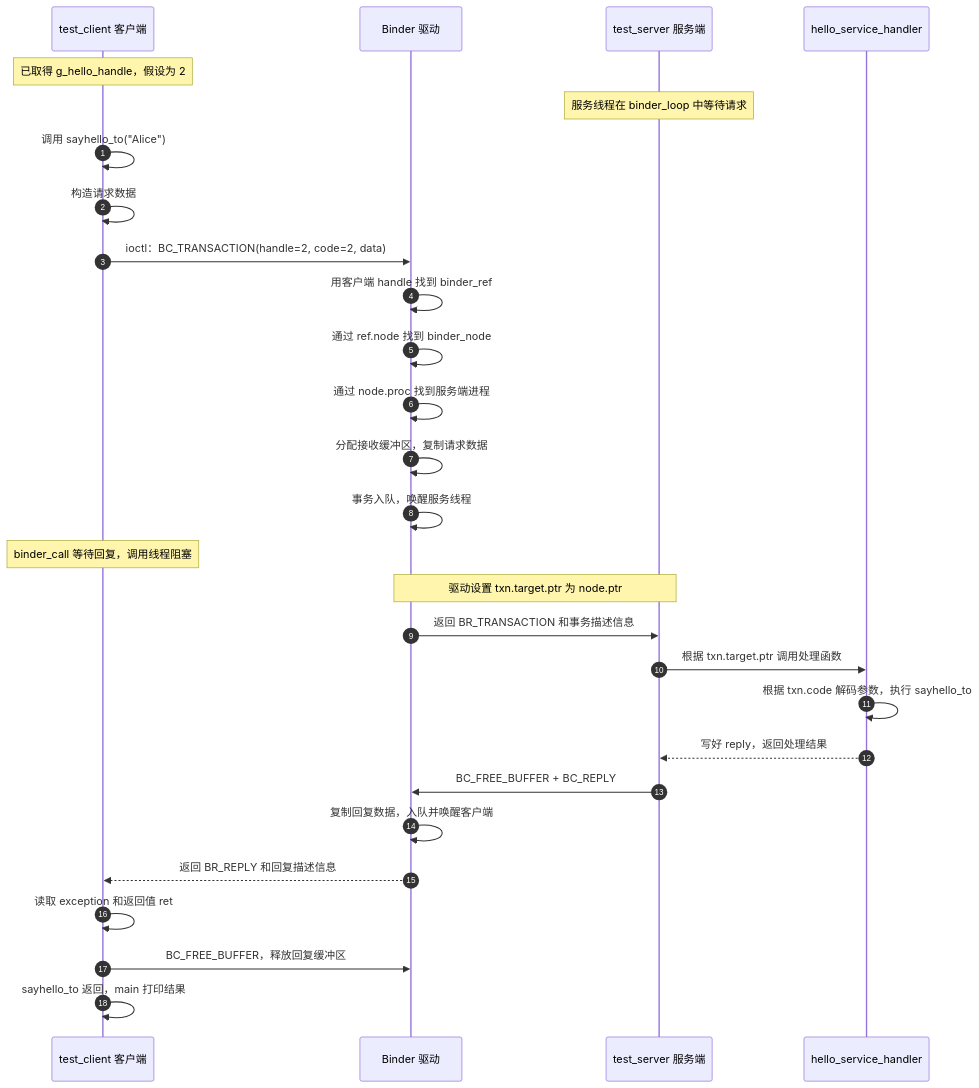
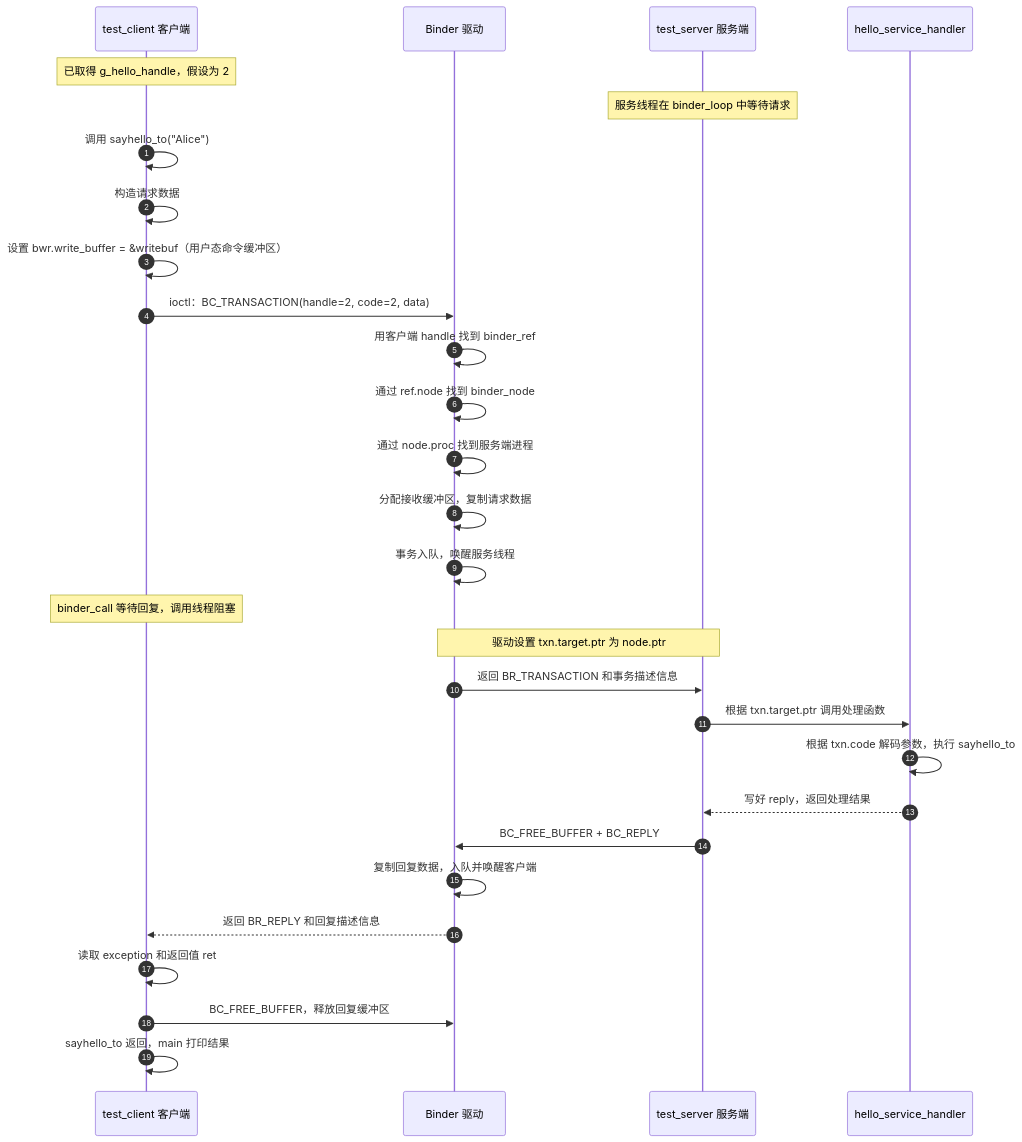
Before and after one commit to noteforme/noteforme.github.io: the diagram in source/_posts/aosp_binder.md, drawn with Mermaid. The commit also changed other lines of this file and 5 other files, not shown here.

````diff
--- a/source/_posts/aosp_binder.md
+++ b/source/_posts/aosp_binder.md
@@ -95,36 +95,37 @@
 ```mermaid
 sequenceDiagram
     autonumber
     participant C as test_client 客户端
     participant K as Binder 驱动
     participant S as test_server 服务端
     participant H as hello_service_handler
 
     Note over C: 已取得 g_hello_handle，假设为 2
     Note over S: 服务线程在 binder_loop 中等待请求
 
     C->>C: 调用 sayhello_to("Alice")
     C->>C: 构造请求数据
+    C->>C: 设置 bwr.write_buffer = &writebuf（用户态命令缓冲区）
     C->>K: ioctl：BC_TRANSACTION(handle=2, code=2, data)
 
     K->>K: 用客户端 handle 找到 binder_ref
     K->>K: 通过 ref.node 找到 binder_node
     K->>K: 通过 node.proc 找到服务端进程
     K->>K: 分配接收缓冲区，复制请求数据
     K->>K: 事务入队，唤醒服务线程
 
     Note over C: binder_call 等待回复，调用线程阻塞
     Note over K,S: 驱动设置 txn.target.ptr 为 node.ptr
     K->>S: 返回 BR_TRANSACTION 和事务描述信息
     S->>H: 根据 txn.target.ptr 调用处理函数
     H->>H: 根据 txn.code 解码参数，执行 sayhello_to
     H-->>S: 写好 reply，返回处理结果
 
     S->>K: BC_FREE_BUFFER + BC_REPLY
     K->>K: 复制回复数据，入队并唤醒客户端
     K-->>C: 返回 BR_REPLY 和回复描述信息
 
     C->>C: 读取 exception 和返回值 ret
     C->>K: BC_FREE_BUFFER，释放回复缓冲区
     C->>C: sayhello_to 返回，main 打印结果
 ```
````
